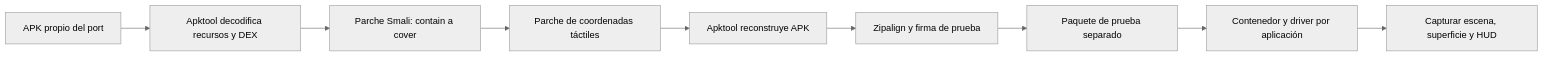
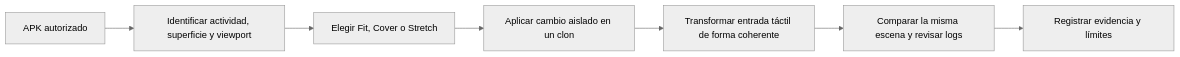
Before and after one commit to jordelmir/re7-magic-v2-adaptive-engineering: the diagram in README.md, drawn with Mermaid (neutral theme). The commit also changed other lines of this file and 4 other files, not shown here.

```diff
--- a/README.md
+++ b/README.md
@@ -32,11 +37,9 @@
 ~~~mermaid
 flowchart LR
-    A[APK propio del port] --> B[Apktool decodifica recursos y DEX]
-    B --> C[Parche Smali: contain a cover]
-    C --> D[Parche de coordenadas táctiles]
-    D --> E[Apktool reconstruye APK]
-    E --> F[Zipalign y firma de prueba]
-    F --> G[Paquete de prueba separado]
-    G --> H[Contenedor y driver por aplicación]
-    H --> I[Capturar escena, superficie y HUD]
+    A[APK autorizado] --> B[Identificar actividad, superficie y viewport]
+    B --> C[Elegir Fit, Cover o Stretch]
+    C --> D[Aplicar cambio aislado en un clon]
+    D --> E[Transformar entrada táctil de forma coherente]
+    E --> F[Comparar la misma escena y revisar logs]
+    F --> G[Registrar evidencia y límites]
 ~~~
```
